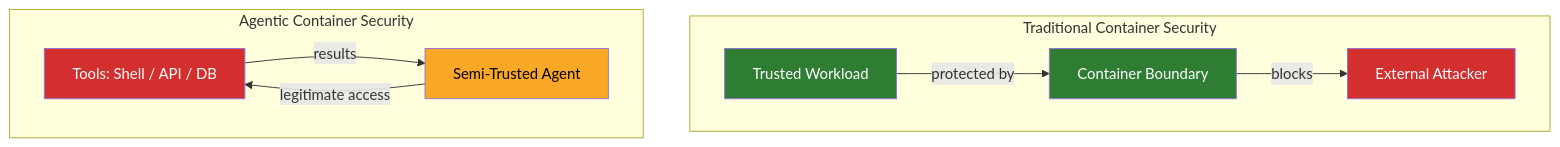
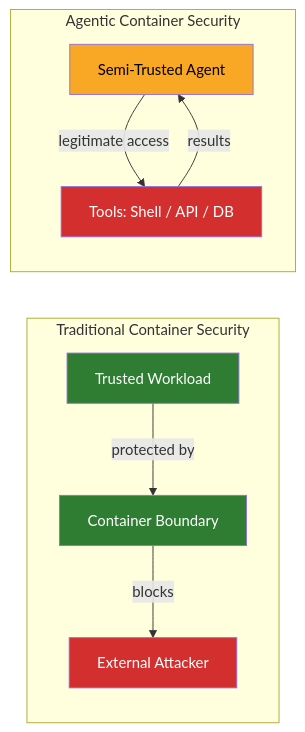
The first of 3 diagrams in security-gaps.md (bdauer/working-with-machines), drawn with Mermaid before and after one commit.

Commit message:
Fix threat model diagram to render side-by-side (LR)
Traditional on left, Agentic on right. Top-level LR layout with
TB direction inside each subgraph.

````diff
--- a/security-gaps.md
+++ b/security-gaps.md
@@ -16,18 +16,18 @@
 ```mermaid
-flowchart TB
+flowchart LR
     subgraph Traditional["Traditional Container Security"]
-        direction LR
+        direction TB
         A3[Trusted Workload]:::safe -->|"protected by"| A2[Container Boundary]:::safe
         A2 -->|"blocks"| A1[External Attacker]:::threat
     end
 
     subgraph Agentic["Agentic Container Security"]
-        direction LR
-        B2[Tools: Shell / API / DB]:::threat -->|"results"| B1[Semi-Trusted Agent]:::warning
-        B1 -->|"legitimate access"| B2
+        direction TB
+        B1[Semi-Trusted Agent]:::warning -->|"legitimate access"| B2[Tools: Shell / API / DB]:::threat
+        B2 -->|"results"| B1
     end
 
     classDef threat fill:#d32f2f,color:#fff
     classDef safe fill:#2e7d32,color:#fff
     classDef warning fill:#f9a825,color:#000
 ```
````
